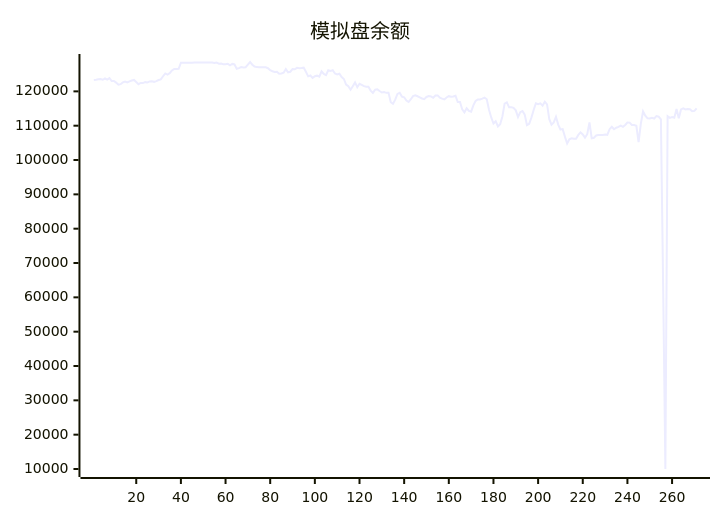
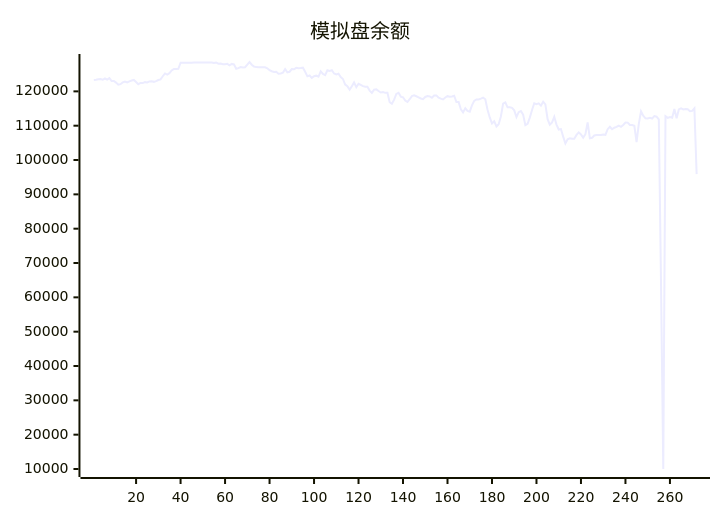
The diagram in README.md (aahl/ai-trading), drawn with Mermaid before and after one commit. The commit also changed other lines of this file and 1 other file, not shown here.

````diff
--- a/README.md
+++ b/README.md
@@ -5,5 +5,5 @@
 ```mermaid
 xychart
     title "模拟盘余额"
-    line [123338,123402,123530,123592,123378,123745,123413,123853,123009,123040,122557,121938,122095,122599,122856,122597,122898,123160,123319,122719,122087,122454,122416,122685,122592,122907,122961,122776,122981,123295,123507,124403,125224,124894,125303,126088,126544,126534,126549,128335,128318,128318,128318,128318,128318,128424,128424,128424,128424,128424,128424,128424,128424,128424,128247,128412,128062,128087,127917,127901,128026,127611,128000,127850,126572,126770,127100,126971,127029,127783,128554,127765,127224,127064,127044,127009,127025,127004,126738,126152,125871,125635,125707,125117,125217,125420,126480,125545,125715,126511,126424,126856,126764,126788,126890,125710,124381,124632,123936,124402,124574,124256,125833,125070,124739,126154,125966,126145,125213,124943,125143,124157,123604,121959,121476,120476,121470,122610,121201,122221,121889,121522,121332,121344,120232,119559,120513,120577,120108,119680,119777,119572,119568,116839,116392,117573,119250,119585,118469,118277,117338,116897,117706,118628,118849,118579,118280,117926,117735,118373,118639,118544,118136,118798,118819,118162,117874,117649,118215,118601,118463,118517,118713,116911,116899,114798,113887,115084,114313,114091,115934,117221,117658,117658,117883,118164,117693,114632,112403,110644,111313,109777,110444,112673,116419,116772,115355,115355,115198,114476,112510,113954,114276,113223,110151,110561,112361,114562,116522,116265,116500,115845,117000,116199,111887,110306,110942,112588,110318,108891,109011,106814,104811,106038,106327,106201,106180,107315,108068,107463,106528,107530,110941,106346,106482,107161,107268,107270,107302,107426,107340,108985,109681,108962,109404,109645,110030,109680,110214,110918,110897,110215,110212,109962,105235,110525,114151,112895,112137,112083,112329,112094,112784,112613,111829,63445,10000,112734,112268,112496,112313,114832,112156,114730,115058,114728,114866,114804,114208,114302,115037]
+    line [123338,123402,123530,123592,123378,123745,123413,123853,123009,123040,122557,121938,122095,122599,122856,122597,122898,123160,123319,122719,122087,122454,122416,122685,122592,122907,122961,122776,122981,123295,123507,124403,125224,124894,125303,126088,126544,126534,126549,128335,128318,128318,128318,128318,128318,128424,128424,128424,128424,128424,128424,128424,128424,128424,128247,128412,128062,128087,127917,127901,128026,127611,128000,127850,126572,126770,127100,126971,127029,127783,128554,127765,127224,127064,127044,127009,127025,127004,126738,126152,125871,125635,125707,125117,125217,125420,126480,125545,125715,126511,126424,126856,126764,126788,126890,125710,124381,124632,123936,124402,124574,124256,125833,125070,124739,126154,125966,126145,125213,124943,125143,124157,123604,121959,121476,120476,121470,122610,121201,122221,121889,121522,121332,121344,120232,119559,120513,120577,120108,119680,119777,119572,119568,116839,116392,117573,119250,119585,118469,118277,117338,116897,117706,118628,118849,118579,118280,117926,117735,118373,118639,118544,118136,118798,118819,118162,117874,117649,118215,118601,118463,118517,118713,116911,116899,114798,113887,115084,114313,114091,115934,117221,117658,117658,117883,118164,117693,114632,112403,110644,111313,109777,110444,112673,116419,116772,115355,115355,115198,114476,112510,113954,114276,113223,110151,110561,112361,114562,116522,116265,116500,115845,117000,116199,111887,110306,110942,112588,110318,108891,109011,106814,104811,106038,106327,106201,106180,107315,108068,107463,106528,107530,110941,106346,106482,107161,107268,107270,107302,107426,107340,108985,109681,108962,109404,109645,110030,109680,110214,110918,110897,110215,110212,109962,105235,110525,114151,112895,112137,112083,112329,112094,112784,112613,111829,63445,10000,112734,112268,112496,112313,114832,112156,114730,115058,114728,114866,114804,114208,114302,115037,95891]
 ```
````
